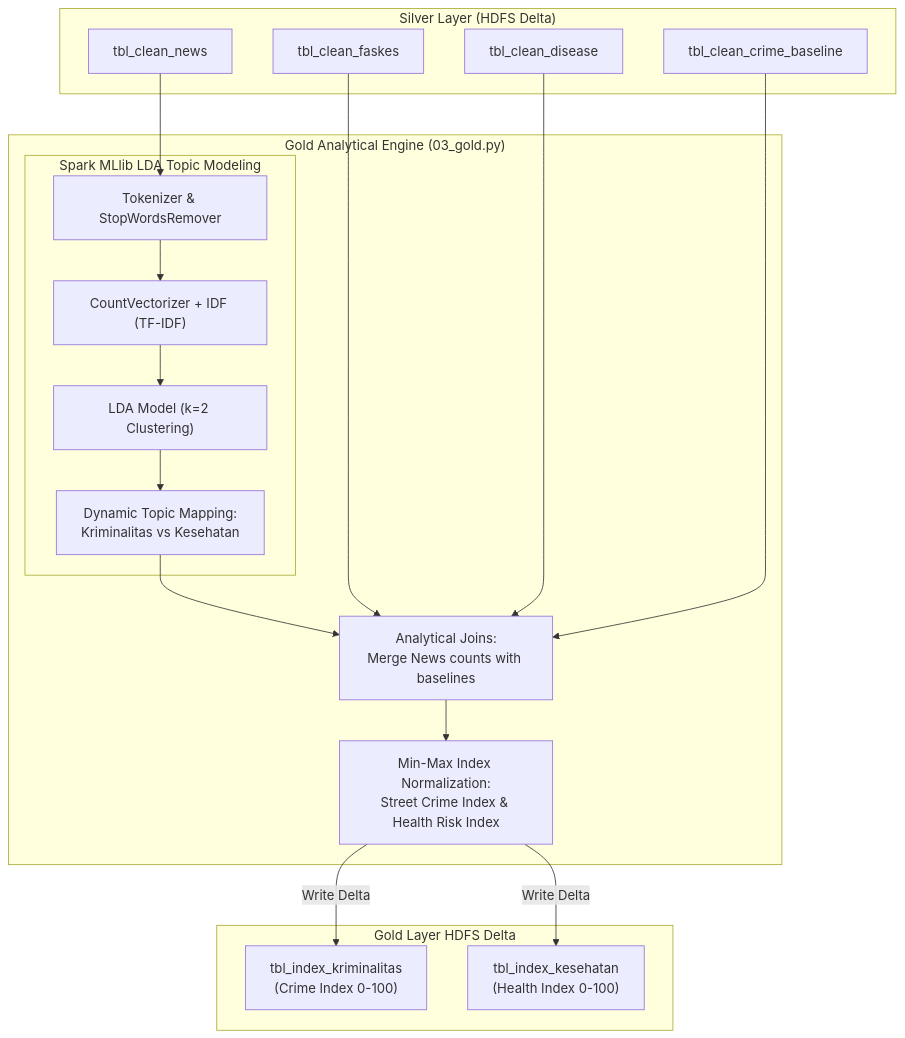
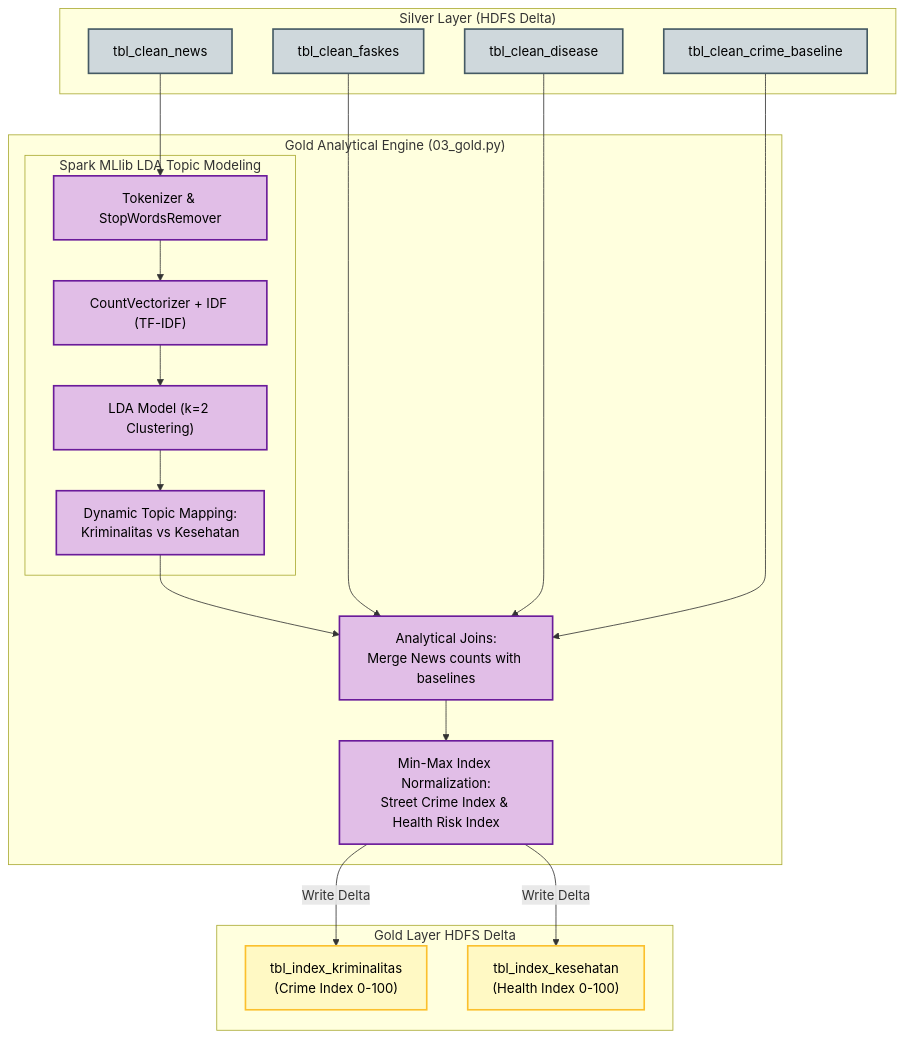
Before and after one commit to airenmeyy/kelompok-1-eas-bigdata: the fifth of 6 diagrams in README.md, drawn with Mermaid. The commit also changed other lines of this file, not shown here.

Commit message:
fix(docs): style all remaining Mermaid diagrams with color and high contrast

````diff
--- a/README.md
+++ b/README.md
@@ -446,32 +479,41 @@
 ```mermaid
 graph TD
+    %% Styling Definitions
+    classDef silver fill:#cfd8dc,stroke:#455a64,stroke-width:2px,color:#000;
+    classDef process fill:#e1bee7,stroke:#6a1b9a,stroke-width:2px,color:#000;
+    classDef gold fill:#fff9c4,stroke:#fbc02d,stroke-width:2px,color:#000;
+
     subgraph Input_Gold ["Silver Layer (HDFS Delta)"]
         S_News["tbl_clean_news"]
         S_Faskes["tbl_clean_faskes"]
         S_Disease["tbl_clean_disease"]
         S_Crime["tbl_clean_crime_baseline"]
     end
 
     subgraph Proc_Gold ["Gold Analytical Engine (03_gold.py)"]
         subgraph NLP_ML ["Spark MLlib LDA Topic Modeling"]
             Tokenize["Tokenizer & StopWordsRemover"]
             TF_IDF["CountVectorizer + IDF (TF-IDF)"]
             LDA["LDA Model (k=2 Clustering)"]
             Topic_Map["Dynamic Topic Mapping:<br/>Kriminalitas vs Kesehatan"]
         end
         Joins["Analytical Joins:<br/>Merge News counts with baselines"]
         Normalise["Min-Max Index Normalization:<br/>Street Crime Index & Health Risk Index"]
     end
 
     subgraph Output_Gold ["Gold Layer HDFS Delta"]
         G_Crime["tbl_index_kriminalitas<br/>(Crime Index 0-100)"]
         G_Health["tbl_index_kesehatan<br/>(Health Index 0-100)"]
     end
 
     S_News --> Tokenize --> TF_IDF --> LDA --> Topic_Map
     Topic_Map --> Joins
     S_Faskes & S_Disease & S_Crime --> Joins
     Joins --> Normalise
     Normalise -->|Write Delta| G_Crime
     Normalise -->|Write Delta| G_Health
+
+    class S_News,S_Faskes,S_Disease,S_Crime silver;
+    class Tokenize,TF_IDF,LDA,Topic_Map,Joins,Normalise process;
+    class G_Crime,G_Health gold;
 ```
````
